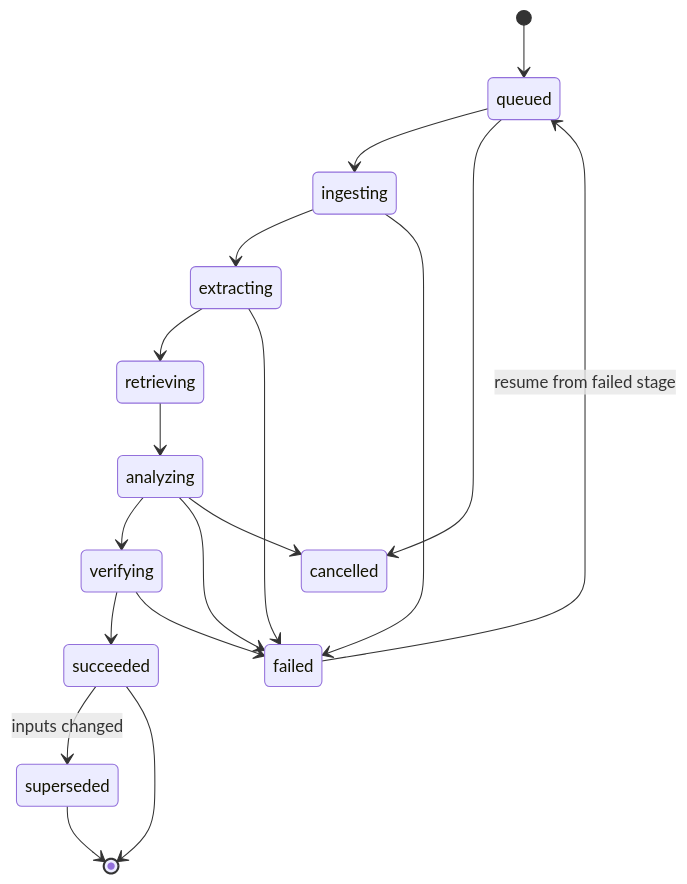
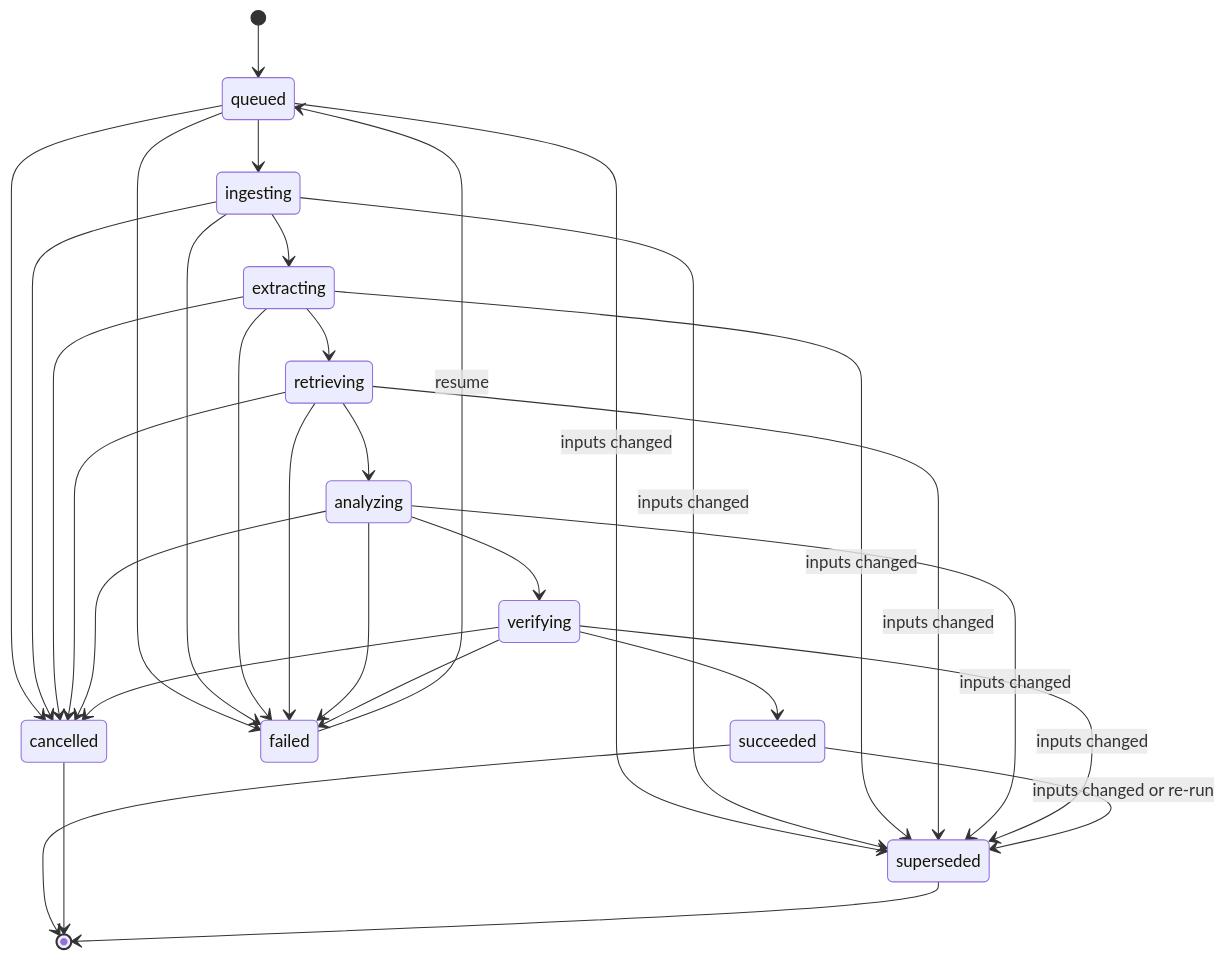
The fourth of 5 diagrams in docs/parol/02-experience-and-architecture.md (Silicon-Docket/clausewise), drawn with Mermaid before and after one commit. The commit also changed other lines of this file and 8 other files, not shown here.

````diff
--- a/docs/parol/02-experience-and-architecture.md
+++ b/docs/parol/02-experience-and-architecture.md
@@ -241,20 +405,33 @@
 ```mermaid
 stateDiagram-v2
   [*] --> queued
   queued --> ingesting
   ingesting --> extracting
   extracting --> retrieving
   retrieving --> analyzing
   analyzing --> verifying
   verifying --> succeeded
+  queued --> failed
   ingesting --> failed
   extracting --> failed
+  retrieving --> failed
   analyzing --> failed
   verifying --> failed
-  failed --> queued: resume from failed stage
+  failed --> queued: resume
   queued --> cancelled
+  ingesting --> cancelled
+  extracting --> cancelled
+  retrieving --> cancelled
   analyzing --> cancelled
-  succeeded --> superseded: inputs changed
+  verifying --> cancelled
+  queued --> superseded: inputs changed
+  ingesting --> superseded: inputs changed
+  extracting --> superseded: inputs changed
+  retrieving --> superseded: inputs changed
+  analyzing --> superseded: inputs changed
+  verifying --> superseded: inputs changed
+  succeeded --> superseded: inputs changed or re-run
   succeeded --> [*]
+  cancelled --> [*]
   superseded --> [*]
 ```
````
